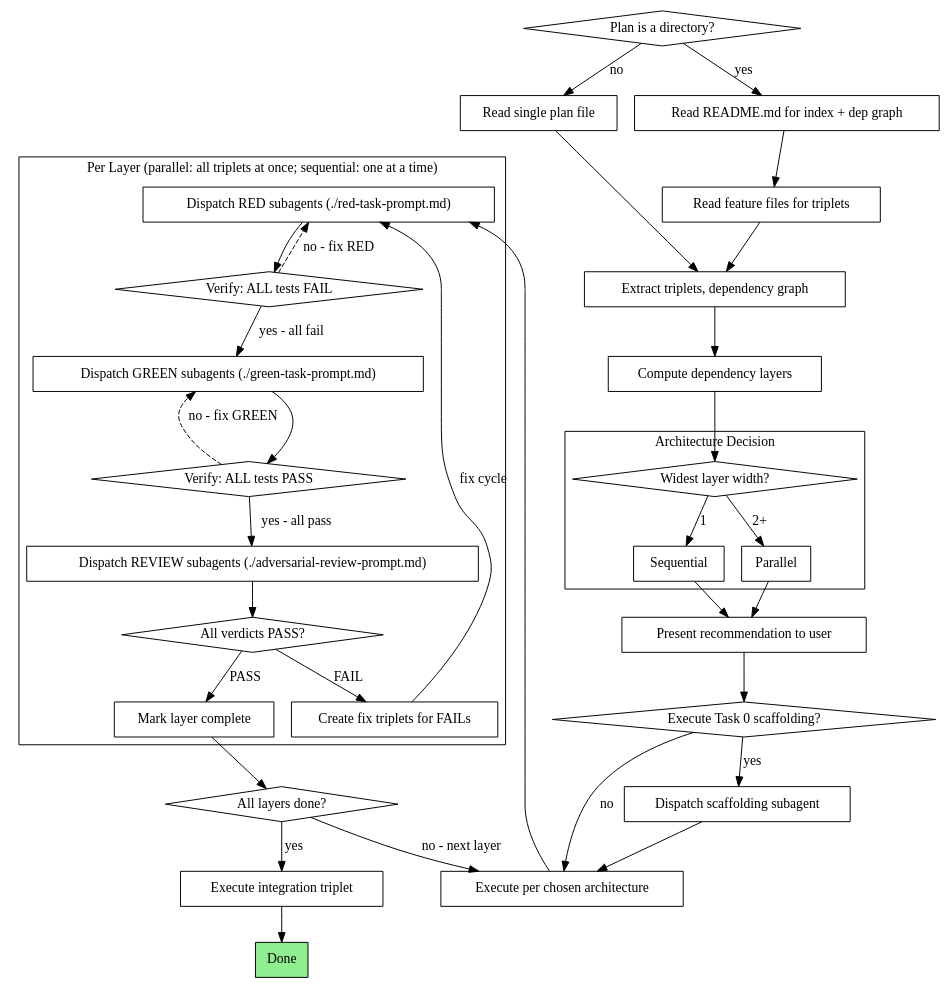
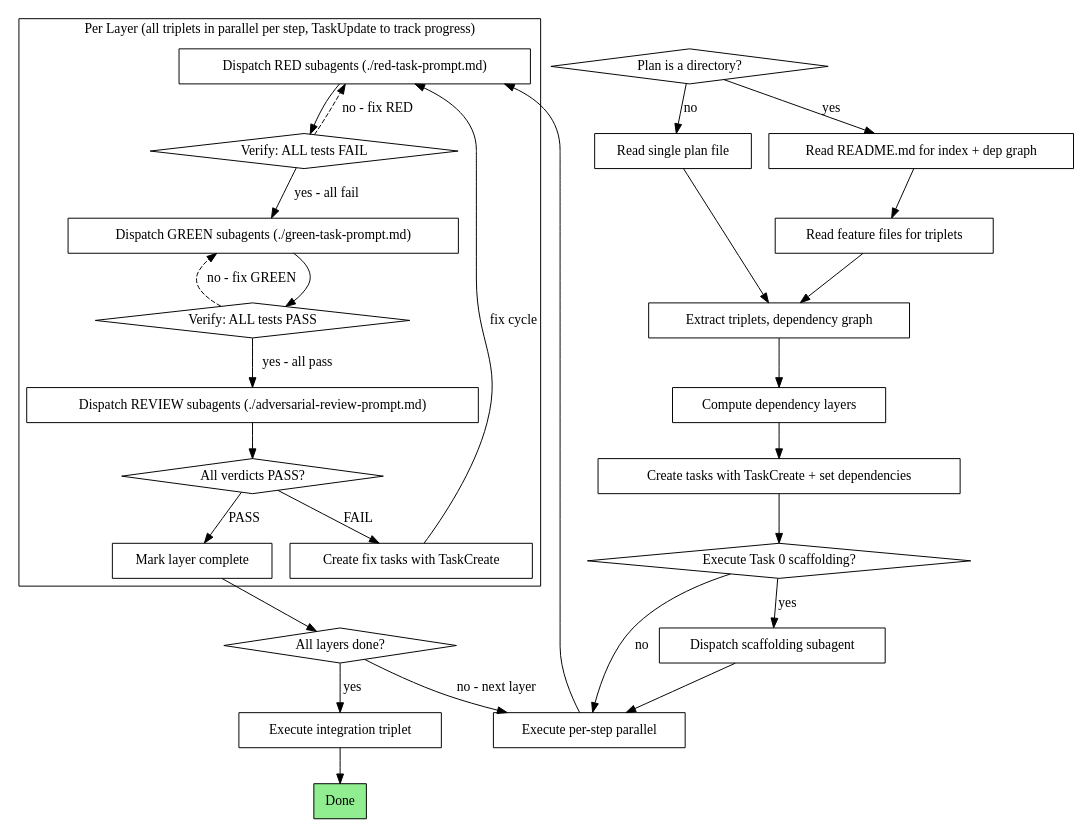
The second of 2 diagrams in skills/executing-tdd-plans/SKILL.md (Dethon/ai-dev-flow), drawn with Graphviz before and after one commit. The commit also changed other lines of this file and 2 other files, not shown here.

Commit message:
Bump plugin version to 1.0.13 and update documentation for executing TDD plans with parallel execution and task tracking

````diff
--- a/skills/executing-tdd-plans/SKILL.md
+++ b/skills/executing-tdd-plans/SKILL.md
@@ -38,73 +38,61 @@
 ```dot
 digraph process {
     rankdir=TB;
 
     "Plan is a directory?" [shape=diamond];
     "Read single plan file" [shape=box];
     "Read README.md for index + dep graph" [shape=box];
     "Read feature files for triplets" [shape=box];
     "Extract triplets, dependency graph" [shape=box];
     "Compute dependency layers" [shape=box];
-
-    subgraph cluster_decide {
-        label="Architecture Decision";
-        "Widest layer width?" [shape=diamond];
-        "Sequential" [shape=box];
-        "Parallel" [shape=box];
-    }
-
-    "Present recommendation to user" [shape=box];
+    "Create tasks with TaskCreate + set dependencies" [shape=box];
     "Execute Task 0 scaffolding?" [shape=diamond];
     "Dispatch scaffolding subagent" [shape=box];
-    "Execute per chosen architecture" [shape=box];
+    "Execute per-step parallel" [shape=box];
 
     subgraph cluster_per_layer {
-        label="Per Layer (parallel: all triplets at once; sequential: one at a time)";
+        label="Per Layer (all triplets in parallel per step, TaskUpdate to track progress)";
         "Dispatch RED subagents (./red-task-prompt.md)" [shape=box];
         "Verify: ALL tests FAIL" [shape=diamond];
         "Dispatch GREEN subagents (./green-task-prompt.md)" [shape=box];
         "Verify: ALL tests PASS" [shape=diamond];
         "Dispatch REVIEW subagents (./adversarial-review-prompt.md)" [shape=box];
         "All verdicts PASS?" [shape=diamond];
-        "Create fix triplets for FAILs" [shape=box];
+        "Create fix tasks with TaskCreate" [shape=box];
         "Mark layer complete" [shape=box];
     }
 
     "All layers done?" [shape=diamond];
     "Execute integration triplet" [shape=box];
     "Done" [shape=box, style=filled, fillcolor=lightgreen];
 
     "Plan is a directory?" -> "Read README.md for index + dep graph" [label="yes"];
     "Plan is a directory?" -> "Read single plan file" [label="no"];
     "Read README.md for index + dep graph" -> "Read feature files for triplets";
     "Read feature files for triplets" -> "Extract triplets, dependency graph";
     "Read single plan file" -> "Extract triplets, dependency graph";
     "Extract triplets, dependency graph" -> "Compute dependency layers";
-    "Compute dependency layers" -> "Widest layer width?";
-    "Widest layer width?" -> "Sequential" [label="1"];
-    "Widest layer width?" -> "Parallel" [label="2+"];
-    "Sequential" -> "Present recommendation to user";
-    "Parallel" -> "Present recommendation to user";
-    "Present recommendation to user" -> "Execute Task 0 scaffolding?";
+    "Compute dependency layers" -> "Create tasks with TaskCreate + set dependencies";
+    "Create tasks with TaskCreate + set dependencies" -> "Execute Task 0 scaffolding?";
     "Execute Task 0 scaffolding?" -> "Dispatch scaffolding subagent" [label="yes"];
-    "Execute Task 0 scaffolding?" -> "Execute per chosen architecture" [label="no"];
-    "Dispatch scaffolding subagent" -> "Execute per chosen architecture";
+    "Execute Task 0 scaffolding?" -> "Execute per-step parallel" [label="no"];
+    "Dispatch scaffolding subagent" -> "Execute per-step parallel";
 
-    "Execute per chosen architecture" -> "Dispatch RED subagents (./red-task-prompt.md)";
+    "Execute per-step parallel" -> "Dispatch RED subagents (./red-task-prompt.md)";
     "Dispatch RED subagents (./red-task-prompt.md)" -> "Verify: ALL tests FAIL";
     "Verify: ALL tests FAIL" -> "Dispatch GREEN subagents (./green-task-prompt.md)" [label="yes - all fail"];
     "Verify: ALL tests FAIL" -> "Dispatch RED subagents (./red-task-prompt.md)" [label="no - fix RED", style=dashed];
     "Dispatch GREEN subagents (./green-task-prompt.md)" -> "Verify: ALL tests PASS";
     "Verify: ALL tests PASS" -> "Dispatch REVIEW subagents (./adversarial-review-prompt.md)" [label="yes - all pass"];
     "Verify: ALL tests PASS" -> "Dispatch GREEN subagents (./green-task-prompt.md)" [label="no - fix GREEN", style=dashed];
     "Dispatch REVIEW subagents (./adversarial-review-prompt.md)" -> "All verdicts PASS?";
     "All verdicts PASS?" -> "Mark layer complete" [label="PASS"];
-    "All verdicts PASS?" -> "Create fix triplets for FAILs" [label="FAIL"];
-    "Create fix triplets for FAILs" -> "Dispatch RED subagents (./red-task-prompt.md)" [label="fix cycle"];
+    "All verdicts PASS?" -> "Create fix tasks with TaskCreate" [label="FAIL"];
+    "Create fix tasks with TaskCreate" -> "Dispatch RED subagents (./red-task-prompt.md)" [label="fix cycle"];
 
     "Mark layer complete" -> "All layers done?";
-    "All layers done?" -> "Execute per chosen architecture" [label="no - next layer"];
+    "All layers done?" -> "Execute per-step parallel" [label="no - next layer"];
     "All layers done?" -> "Execute integration triplet" [label="yes"];
     "Execute integration triplet" -> "Done";
 }
 ```
````
